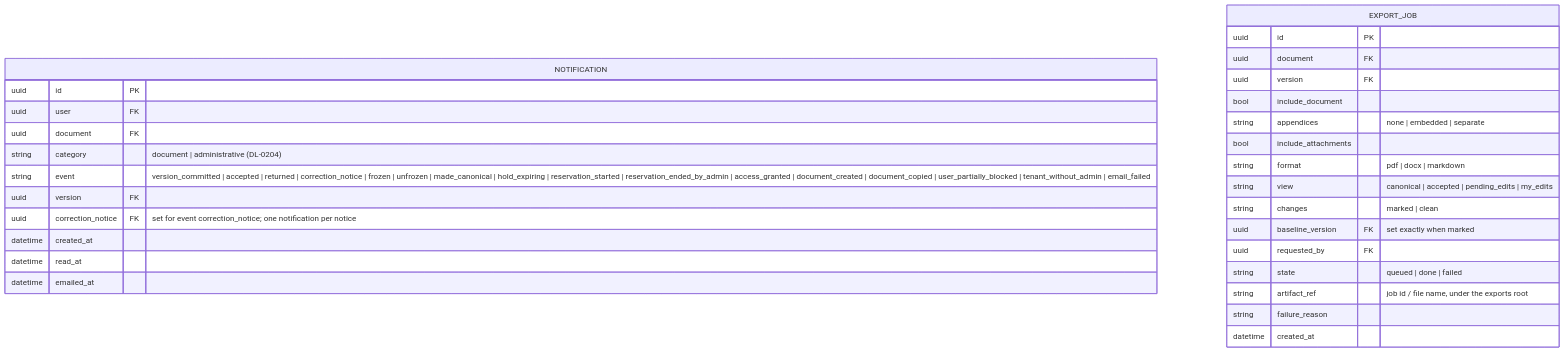
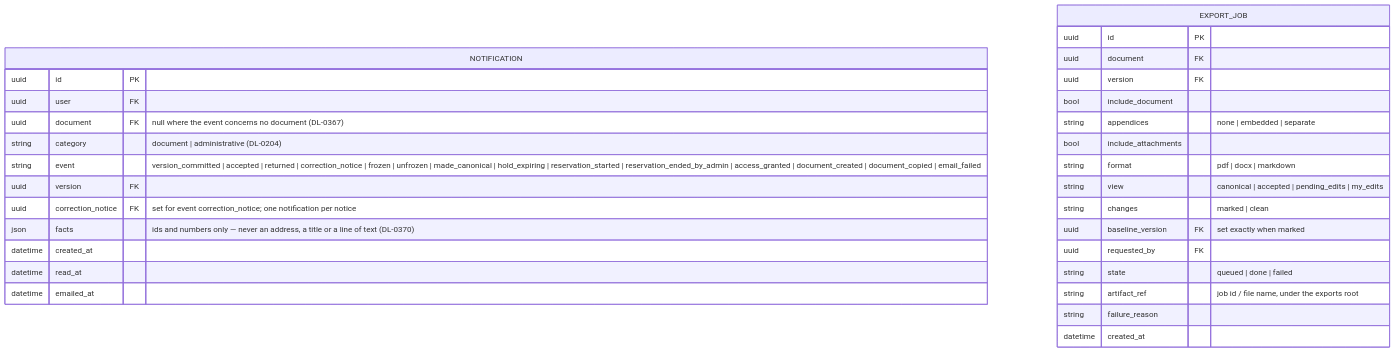
The fifth of 5 diagrams in docs/data-model.md (Oleksii-Zagorskyi/syngraphe), drawn with Mermaid before and after one commit. The commit also changed other lines of this file and 115 other files, not shown here.

````diff
--- a/docs/data-model.md
+++ b/docs/data-model.md
@@ -508,32 +522,33 @@
 ```mermaid
 erDiagram
     NOTIFICATION {
         uuid id PK
         uuid user FK
-        uuid document FK
+        uuid document FK "null where the event concerns no document (DL-0367)"
         string category "document | administrative (DL-0204)"
-        string event "version_committed | accepted | returned | correction_notice | frozen | unfrozen | made_canonical | hold_expiring | reservation_started | reservation_ended_by_admin | access_granted | document_created | document_copied | user_partially_blocked | tenant_without_admin | email_failed"
+        string event "version_committed | accepted | returned | correction_notice | frozen | unfrozen | made_canonical | hold_expiring | reservation_started | reservation_ended_by_admin | access_granted | document_created | document_copied | email_failed"
         uuid version FK
         uuid correction_notice FK "set for event correction_notice; one notification per notice"
+        json facts "ids and numbers only — never an address, a title or a line of text (DL-0370)"
         datetime created_at
         datetime read_at
         datetime emailed_at
     }
     EXPORT_JOB {
         uuid id PK
         uuid document FK
         uuid version FK
         bool include_document
         string appendices "none | embedded | separate"
         bool include_attachments
         string format "pdf | docx | markdown"
         string view "canonical | accepted | pending_edits | my_edits"
         string changes "marked | clean"
         uuid baseline_version FK "set exactly when marked"
         uuid requested_by FK
         string state "queued | done | failed"
         string artifact_ref "job id / file name, under the exports root"
         string failure_reason
         datetime created_at
     }
 ```
````
